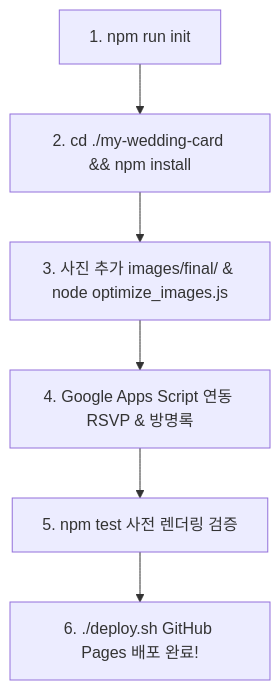
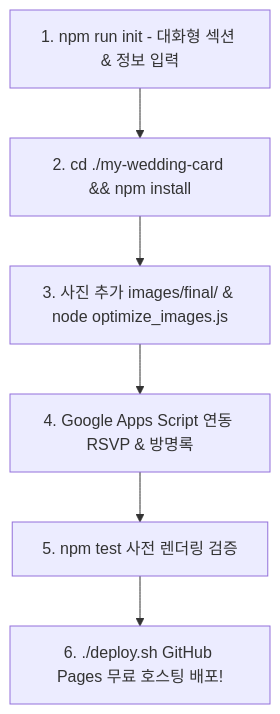
Before and after one commit to unoShin/wedding-card: the diagram in .agents/skills/mobile-wedding-card/README.md, drawn with Mermaid. The commit also changed other lines of this file and 5 other files, not shown here.

````diff
--- a/.agents/skills/mobile-wedding-card/README.md
+++ b/.agents/skills/mobile-wedding-card/README.md
@@ -132,8 +114,8 @@
 ```mermaid
 graph TD
-    A[1. npm run init] --> B[2. cd ./my-wedding-card && npm install]
+    A[1. npm run init - 대화형 섹션 & 정보 입력] --> B[2. cd ./my-wedding-card && npm install]
     B --> C[3. 사진 추가 images/final/ & node optimize_images.js]
     C --> D[4. Google Apps Script 연동 RSVP & 방명록]
     D --> E[5. npm test 사전 렌더링 검증]
-    E --> F[6. ./deploy.sh GitHub Pages 배포 완료!]
+    E --> F[6. ./deploy.sh GitHub Pages 무료 호스팅 배포!]
 ```
````
